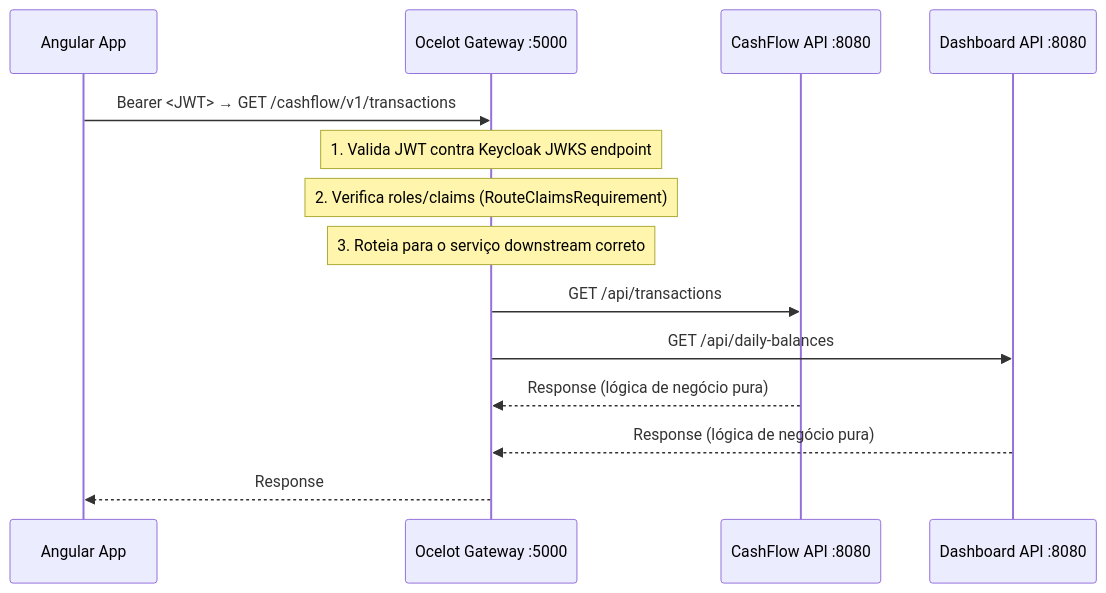
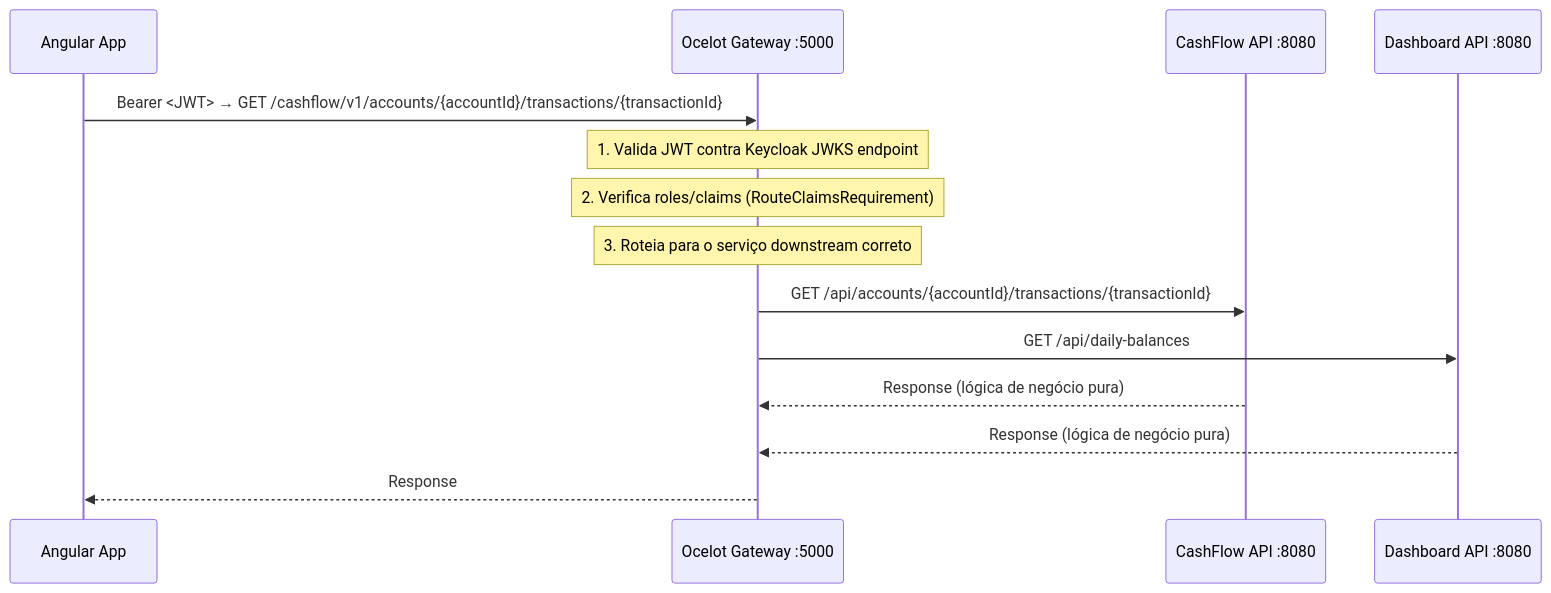
The diagram in docs/decisions/ADR-009-api-gateway-ocelot.md (filipececcon/arch-challenge), drawn with Mermaid before and after one commit. The commit also changed other lines of this file and 38 other files, not shown here.

First line of the commit message:
Refactor Cashflow architecture docs for account aggregate and unified outbox

````diff
--- a/docs/decisions/ADR-009-api-gateway-ocelot.md
+++ b/docs/decisions/ADR-009-api-gateway-ocelot.md
@@ -34,17 +34,17 @@
 ```mermaid
 sequenceDiagram
     participant A as Angular App
     participant G as Ocelot Gateway :5000
     participant C as CashFlow API :8080
     participant D as Dashboard API :8080
 
-    A->>G: Bearer <JWT> → GET /cashflow/v1/transactions
+    A->>G: Bearer <JWT> → GET /cashflow/v1/accounts/{accountId}/transactions/{transactionId}
     Note over G: 1. Valida JWT contra Keycloak JWKS endpoint
     Note over G: 2. Verifica roles/claims (RouteClaimsRequirement)
     Note over G: 3. Roteia para o serviço downstream correto
-    G->>C: GET /api/transactions
+    G->>C: GET /api/accounts/{accountId}/transactions/{transactionId}
     G->>D: GET /api/daily-balances
     C-->>G: Response (lógica de negócio pura)
     D-->>G: Response (lógica de negócio pura)
     G-->>A: Response
 ```
````
